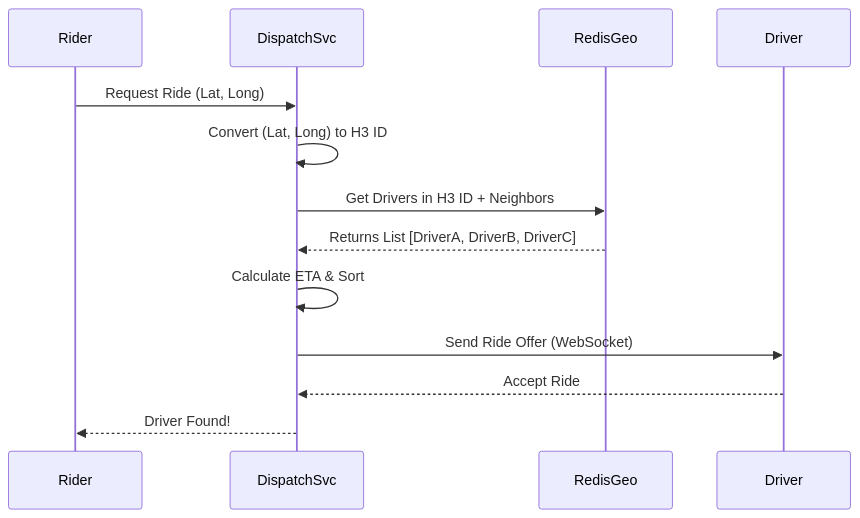
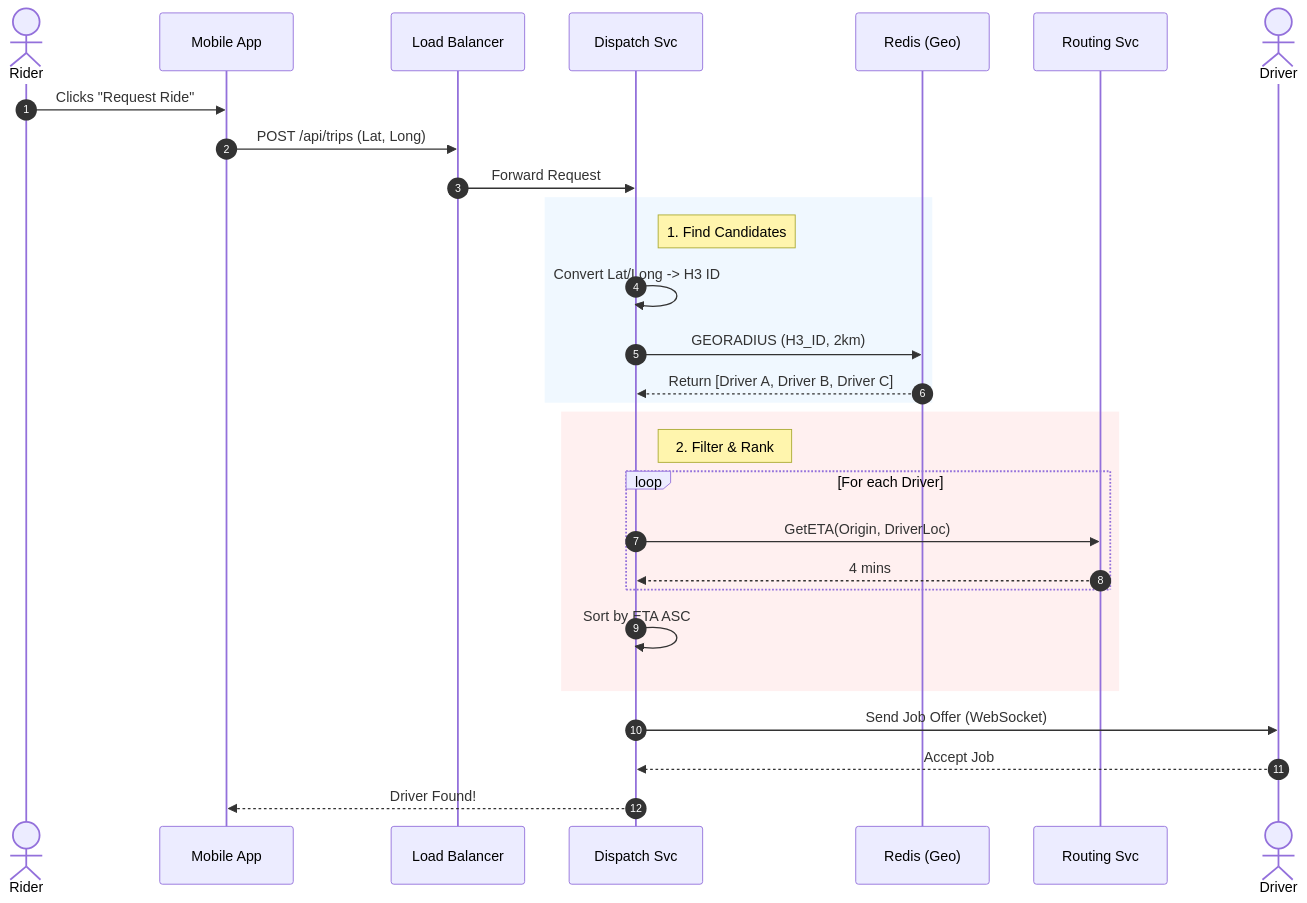
The third of 4 diagrams in README.md (harshitha-8/uber-backend-architecture-breakdown), drawn with Mermaid before and after one commit.

Commit message:
Fix formatting in Mermaid diagrams
Updated Mermaid diagrams in README for consistency and clarity.

````diff
--- a/README.md
+++ b/README.md
@@ -152,16 +120,35 @@
 ```mermaid
 sequenceDiagram
-    participant Rider
-    participant DispatchSvc
-    participant RedisGeo
-    participant Driver
+    autonumber
+    actor Rider
+    participant App as Mobile App
+    participant LB as Load Balancer
+    participant DISCO as Dispatch Svc
+    participant GEO as Redis (Geo)
+    participant ETA as Routing Svc
+    actor Driver
 
-    Rider->>DispatchSvc: Request Ride (Lat, Long)
-    DispatchSvc->>DispatchSvc: Convert (Lat, Long) to H3 ID
-    DispatchSvc->>RedisGeo: Get Drivers in H3 ID + Neighbors
-    RedisGeo-->>DispatchSvc: Returns List [DriverA, DriverB, DriverC]
-    DispatchSvc->>DispatchSvc: Calculate ETA & Sort
-    DispatchSvc->>Driver: Send Ride Offer (WebSocket)
-    Driver-->>DispatchSvc: Accept Ride
-    DispatchSvc-->>Rider: Driver Found!
+    Rider->>App: Clicks "Request Ride"
+    App->>LB: POST /api/trips (Lat, Long)
+    LB->>DISCO: Forward Request
+    
+    rect rgb(240, 248, 255)
+    note right of DISCO: 1. Find Candidates
+    DISCO->>DISCO: Convert Lat/Long -> H3 ID
+    DISCO->>GEO: GEORADIUS (H3_ID, 2km)
+    GEO-->>DISCO: Return [Driver A, Driver B, Driver C]
+    end
+
+    rect rgb(255, 240, 240)
+    note right of DISCO: 2. Filter & Rank
+    loop For each Driver
+        DISCO->>ETA: GetETA(Origin, DriverLoc)
+        ETA-->>DISCO: 4 mins
+    end
+    DISCO->>DISCO: Sort by ETA ASC
+    end
+    
+    DISCO->>Driver: Send Job Offer (WebSocket)
+    Driver-->>DISCO: Accept Job
+    DISCO-->>App: Driver Found!
 ```
````
